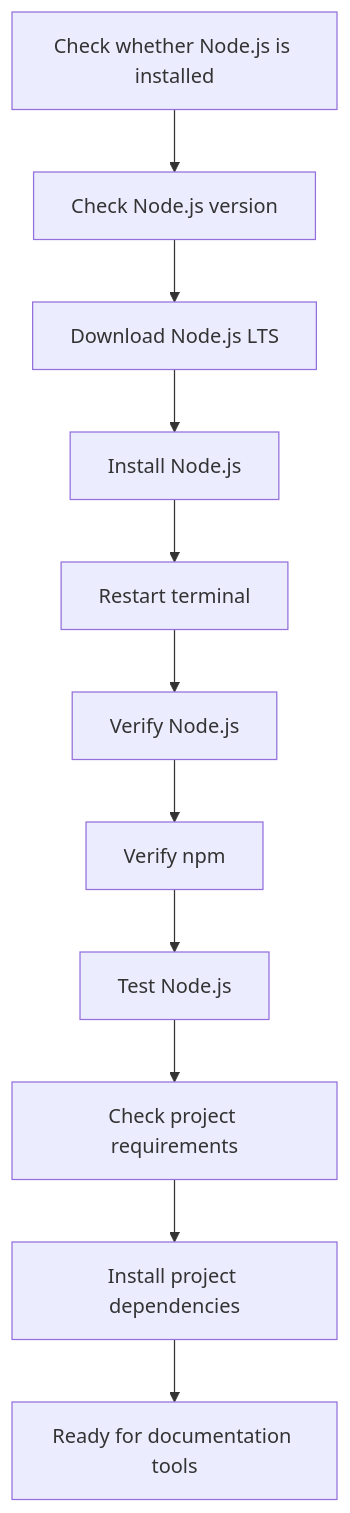
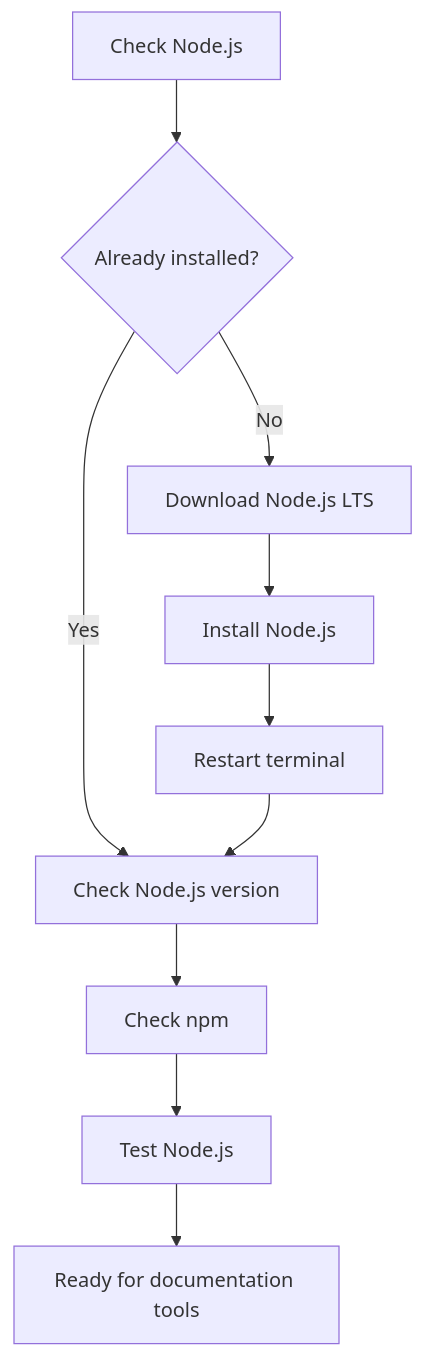
Before and after one commit to Riffat786/Start-Docs-as-Code-with-Me: the diagram in docs/01-Environment-Setup/Install-NodeJS.md, drawn with Mermaid. The commit also changed 1 other file, not shown here.

Commit message:
updated glosssary

````diff
--- a/docs/01-Environment-Setup/Install-NodeJS.md
+++ b/docs/01-Environment-Setup/Install-NodeJS.md
@@ -756,26 +756,16 @@
 ```mermaid
 flowchart TD
 
-A[Check whether Node.js is installed]
-B[Check Node.js version]
-C[Download Node.js LTS]
-D[Install Node.js]
-E[Restart terminal]
-F[Verify Node.js]
-G[Verify npm]
-H[Test Node.js]
-I[Check project requirements]
-J[Install project dependencies]
-K[Ready for documentation tools]
+A[Check Node.js] --> B{Already installed?}
 
-A --> B
-B --> C
-C --> D
-D --> E
-E --> F
-F --> G
-G --> H
-H --> I
-I --> J
-J --> K
+B -->|Yes| C[Check Node.js version]
+B -->|No| D[Download Node.js LTS]
+
+D --> E[Install Node.js]
+E --> F[Restart terminal]
+F --> C
+
+C --> G[Check npm]
+G --> H[Test Node.js]
+H --> I[Ready for documentation tools]
 ```
````
